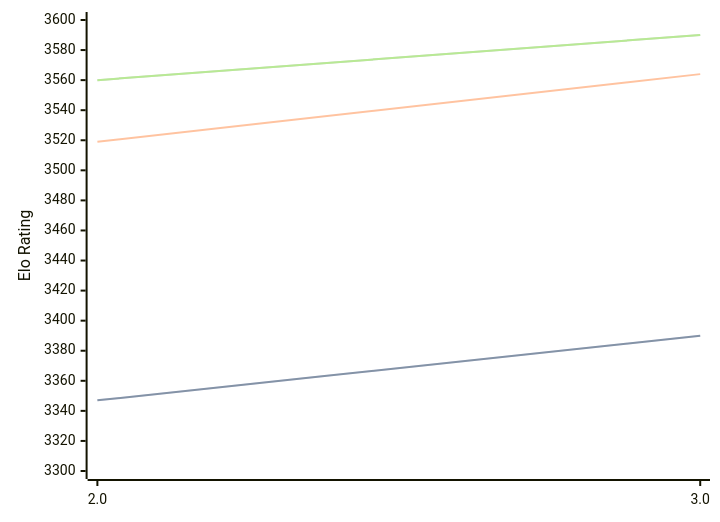
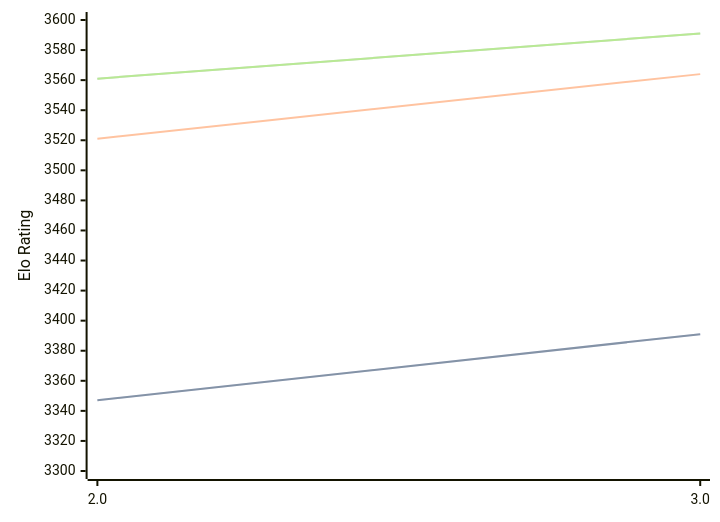
Before and after one commit to computer-chess-index/cci: the diagram in engines/Quanticade.md, drawn with Mermaid. The commit also changed other lines of this file, not shown here.

Commit message:
Update CCI Ratings (ELO VLTC) - 2026-05-16

````diff
--- a/engines/Quanticade.md
+++ b/engines/Quanticade.md
@@ -41,11 +41,11 @@
 ```mermaid
 %%{init: {"theme":"base","themeVariables":{"seriesColors:['#a3a3a3','#222221','#faa371']}}}%%
 xychart-beta
   x-axis ["2.0", "3.0"]
   y-axis "Elo Rating" 3300 --> 3600
-  line "STC (8.0+0.08s)" [3347, 3390]
-  line "STC (8.0+0.08s)" [3347, 3390]
-  line "LTC (60.0+0.60s)" [3519, 3564]
-  line "VLTC (2m24s+1.12s)" [3560, 3590]
-  line "VLTC (2m24s+1.12s)" [3560, 3590]
+  line "STC (8.0+0.08s)" [3347, 3391]
+  line "STC (8.0+0.08s)" [3347, 3391]
+  line "LTC (60.0+0.60s)" [3521, 3564]
+  line "VLTC (2m24s+1.12s)" [3561, 3591]
+  line "VLTC (2m24s+1.12s)" [3561, 3591]
 ```
````
